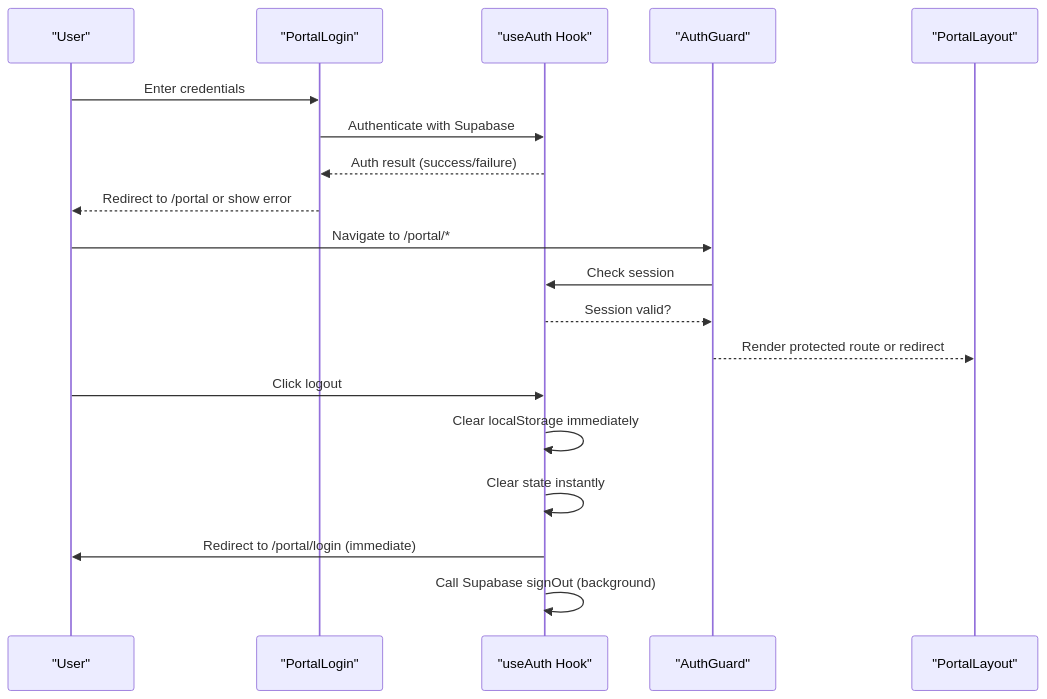
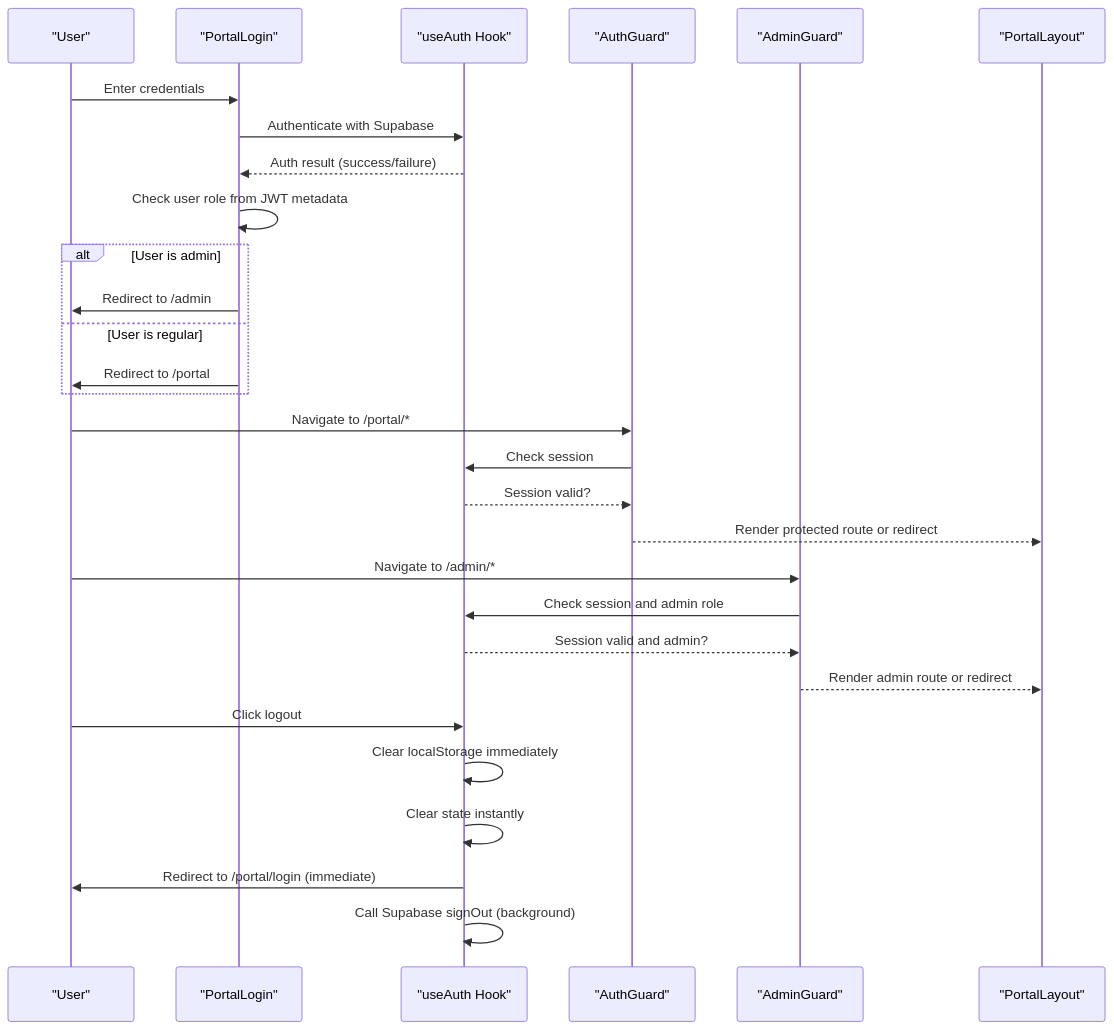
One commit to Hawky1/ryland changed the third of 6 diagrams in .qoder/repowiki/en/content/Partner Portal System.md. Above: the diagram before and after it, drawn with Mermaid. The commit also changed other lines of this file and 6 other files, not shown here.

Commit message:
Fix useAdminRole to cache result and prevent re-check on tab switch

````diff
--- a/.qoder/repowiki/en/content/Partner Portal System.md
+++ b/.qoder/repowiki/en/content/Partner Portal System.md
@@ -259,21 +317,31 @@
 ```mermaid
 sequenceDiagram
 participant U as "User"
 participant RL as "PortalLogin"
 participant AU as "useAuth Hook"
 participant AG as "AuthGuard"
+participant AD as "AdminGuard"
 participant PL as "PortalLayout"
 U->>RL : Enter credentials
 RL->>AU : Authenticate with Supabase
 AU-->>RL : Auth result (success/failure)
-RL-->>U : Redirect to /portal or show error
+RL->>RL : Check user role from JWT metadata
+alt User is admin
+RL->>U : Redirect to /admin
+else User is regular
+RL->>U : Redirect to /portal
+end
 U->>AG : Navigate to /portal/*
 AG->>AU : Check session
 AU-->>AG : Session valid?
 AG-->>PL : Render protected route or redirect
+U->>AD : Navigate to /admin/*
+AD->>AU : Check session and admin role
+AU-->>AD : Session valid and admin?
+AD-->>PL : Render admin route or redirect
 U->>AU : Click logout
 AU->>AU : Clear localStorage immediately
 AU->>AU : Clear state instantly
 AU->>U : Redirect to /portal/login (immediate)
 AU->>AU : Call Supabase signOut (background)
 ```
````
